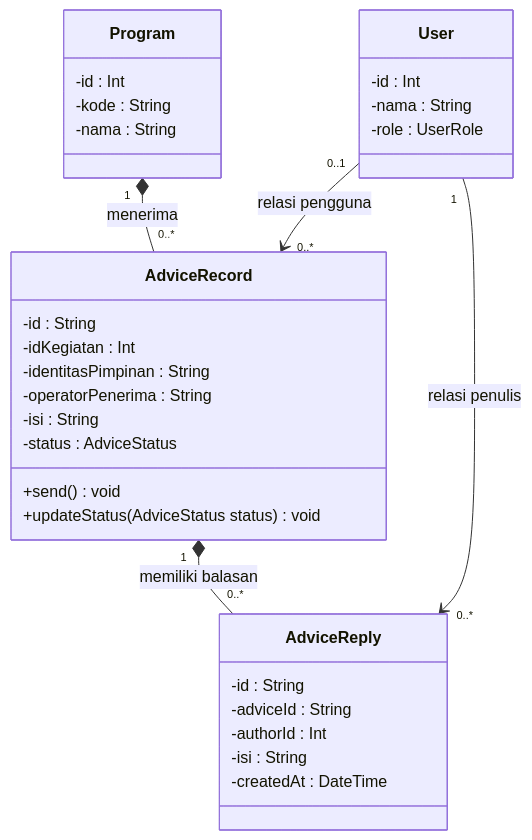
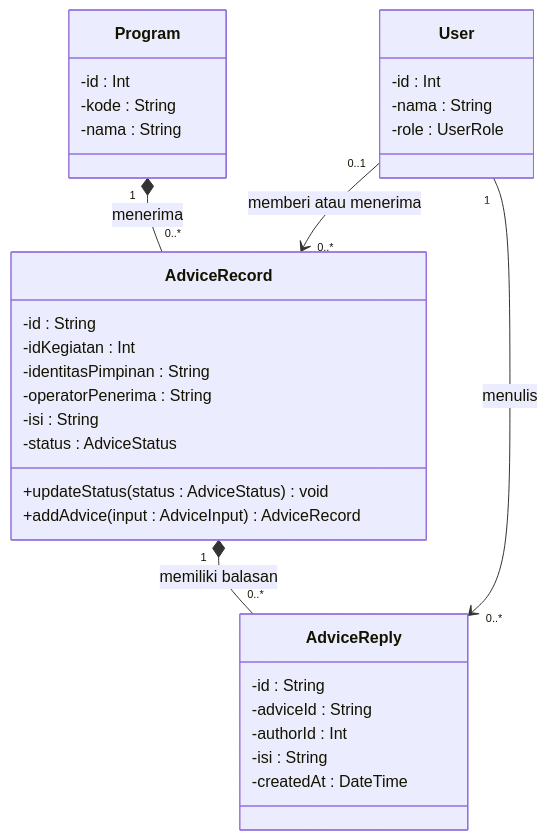
Before and after one commit to KimAkimMan/kp: the fourth of 5 diagrams in docs/Class_Diagram_SIMP_Kuningan_v3_Utuh.md, drawn with Mermaid. The commit also changed other lines of this file, not shown here.

Commit message:
Update class diagram documentation for improved clarity and consistency

````diff
--- a/docs/Class_Diagram_SIMP_Kuningan_v3_Utuh.md
+++ b/docs/Class_Diagram_SIMP_Kuningan_v3_Utuh.md
@@ -234,34 +232,34 @@
 ```mermaid
 classDiagram
     class User {
         -id : Int
         -nama : String
         -role : UserRole
     }
     class Program {
         -id : Int
         -kode : String
         -nama : String
     }
     class AdviceRecord {
         -id : String
         -idKegiatan : Int
         -identitasPimpinan : String
         -operatorPenerima : String
         -isi : String
         -status : AdviceStatus
-        +send() void
-        +updateStatus(AdviceStatus status) void
+        +updateStatus(status : AdviceStatus) void
+        +addAdvice(input : AdviceInput) AdviceRecord
     }
     class AdviceReply {
         -id : String
         -adviceId : String
         -authorId : Int
         -isi : String
         -createdAt : DateTime
     }
     Program "1" *-- "0..*" AdviceRecord : menerima
     AdviceRecord "1" *-- "0..*" AdviceReply : memiliki balasan
-    User "0..1" --> "0..*" AdviceRecord : relasi pengguna
-    User "1" --> "0..*" AdviceReply : relasi penulis
+    User "0..1" --> "0..*" AdviceRecord : memberi atau menerima
+    User "1" --> "0..*" AdviceReply : menulis
 ```
````
